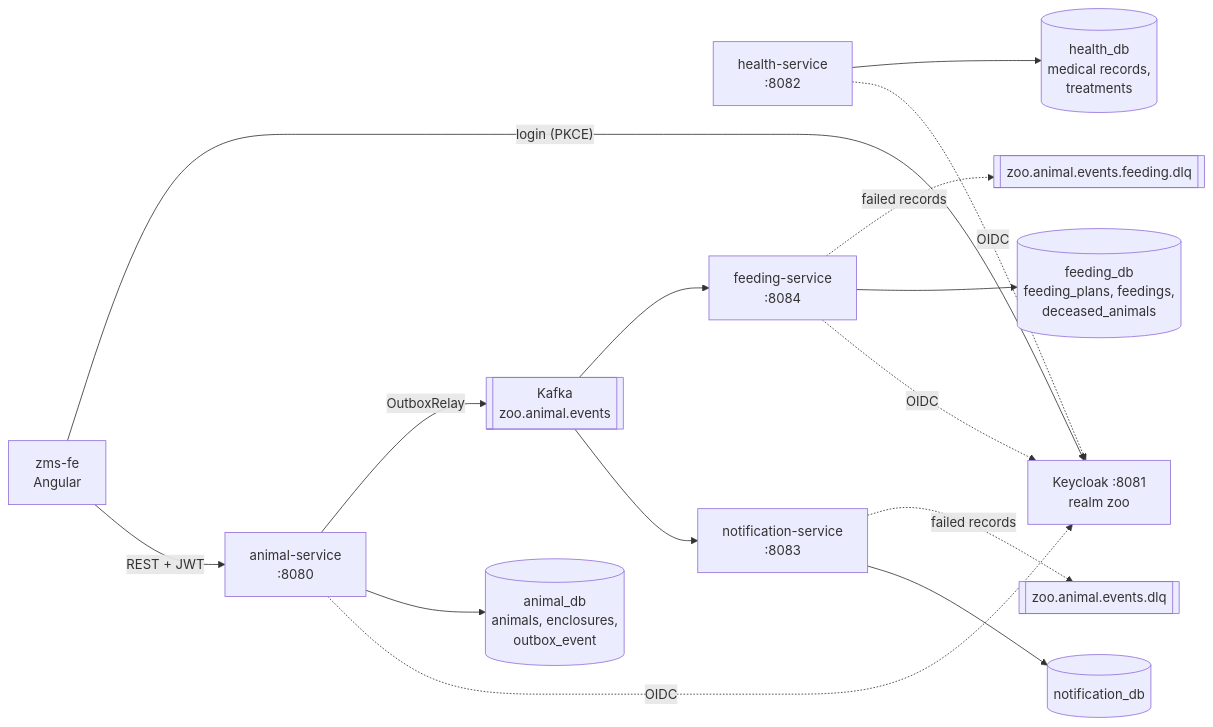
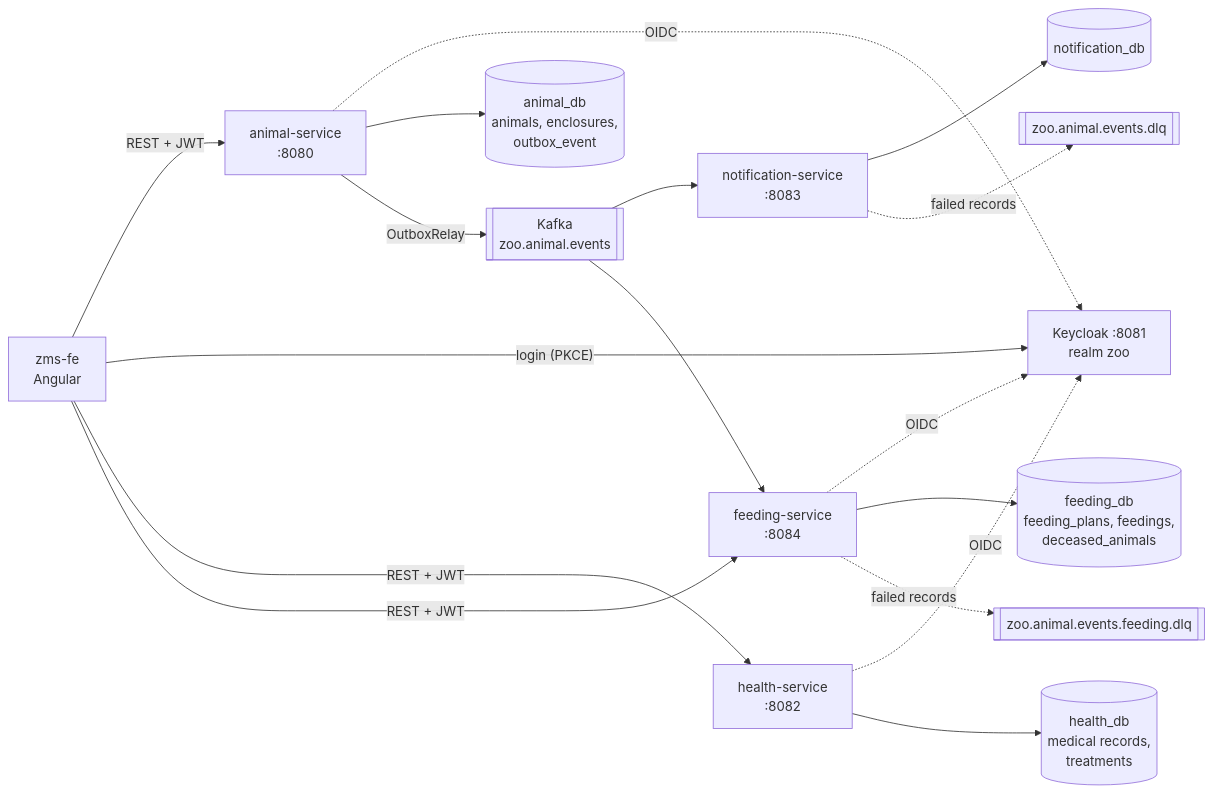
One commit to iosonoira/zoo-management-system changed the diagram in README.md. Above: the diagram before and after it, drawn with Mermaid. The commit also changed other lines of this file and 5 other files, not shown here.

````diff
--- a/README.md
+++ b/README.md
@@ -34,17 +34,19 @@
 ```mermaid
 flowchart LR
   FE["zms-fe<br/>Angular"] -- "REST + JWT" --> AS["animal-service<br/>:8080"]
   FE -- "login (PKCE)" --> KC["Keycloak :8081<br/>realm zoo"]
   AS -. "OIDC" .-> KC
   HS["health-service<br/>:8082"] -. "OIDC" .-> KC
   FDS["feeding-service<br/>:8084"] -. "OIDC" .-> KC
+  FE -- "REST + JWT" --> HS
+  FE -- "REST + JWT" --> FDS
   AS --> ADB[("animal_db<br/>animals, enclosures,<br/>outbox_event")]
   HS --> HDB[("health_db<br/>medical records,<br/>treatments")]
   FDS --> FDB[("feeding_db<br/>feeding_plans, feedings,<br/>deceased_animals")]
   AS -- "OutboxRelay" --> K[["Kafka<br/>zoo.animal.events"]]
   K --> NS["notification-service<br/>:8083"]
   K --> FDS
   NS --> NDB[("notification_db")]
   NS -. "failed records" .-> DLQ[["zoo.animal.events.dlq"]]
   FDS -. "failed records" .-> FDLQ[["zoo.animal.events.feeding.dlq"]]
 ```
````
